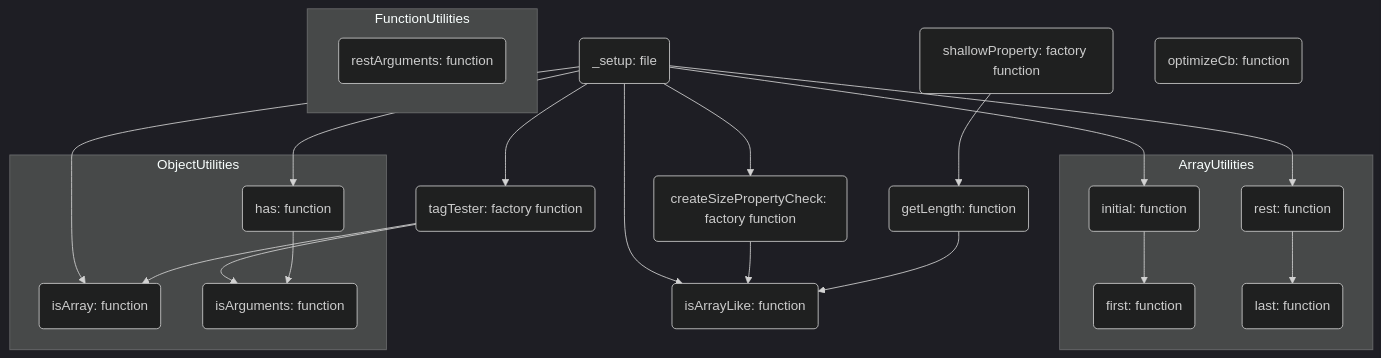
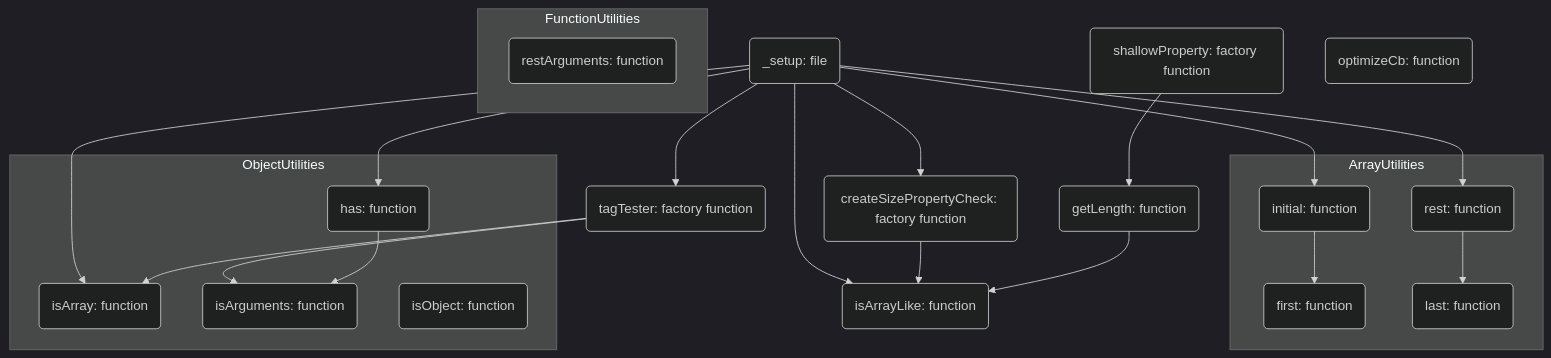
Before and after one commit to AshGreyG/To-Realize-Underscore: the diagram in doc/dependencies.mmd, drawn with Mermaid (dark theme). The commit also changed 3 other files, not shown here.

Commit message:
:sparkles: add `isObject.js`, which has a `isObject` function that checks if a value is an object

```diff
--- a/doc/dependencies.mmd
+++ b/doc/dependencies.mmd
@@ -1,81 +1,83 @@
 flowchart TD
   %% Define nodes and their names
 
   %%% `_xxx` files
 
   _setup(_setup: file)
   _shallowProperty(shallowProperty: factory function)
   _getLength(getLength: function)
   _createSizePropertyCheck(createSizePropertyCheck: factory function)
   _isArrayLike(isArrayLike: function)
   _tagTester(tagTester: factory function)
   _optimizeCb(optimizeCb: function)
 
   %%% Array functions
 
   subgraph ArrayUtilities
     initial(initial: function)
     first(first: function)
     rest(rest: function)
     last(last: function)
   end
 
   %%% Object functions
 
   subgraph ObjectUtilities
     isArray(isArray: function)
     isArguments(isArguments: function)
+    isObject(isObject: function)
     has(has: function)
   end
 
   subgraph FunctionUtilities
     restArguments(restArguments: function)
   end
 
   %% Edge settings
 
   _setup --> initial
   _setup --> rest
   _setup --> _isArrayLike
   _setup --> _tagTester
   _setup --> isArray
   _setup --> has
   _setup --> _createSizePropertyCheck
 
   _tagTester --> isArray
   _tagTester --> isArguments
   _shallowProperty --> _getLength
   _createSizePropertyCheck --> _isArrayLike
   _getLength --> _isArrayLike
   initial --> first
   rest --> last 
   has --> isArguments
 
   %% Hyperlink settings
 
   %%% `_xxx` files
  
   click _setup "https://github.com/AshGreyG/To-Realize-Underscore/blob/main/modules/_setup.js"
   click _shallowProperty "https://github.com/AshGreyG/To-Realize-Underscore/blob/main/modules/_shallowProperty.js"
   click _getLength "https://github.com/AshGreyG/To-Realize-Underscore/blob/main/modules/_getLength.js"
   click _createSizePropertyCheck "https://github.com/AshGreyG/To-Realize-Underscore/blob/main/modules/_createSizePropertyCheck.js"
   click _isArrayLike "https://github.com/AshGreyG/To-Realize-Underscore/blob/main/modules/_isArrayLike.js"
   click _tagTester "https://github.com/AshGreyG/To-Realize-Underscore/blob/main/modules/_tagTester.js"
   click _optimizeCb "https://github.com/AshGreyG/To-Realize-Underscore/blob/main/modules/_optimizeCb.js"
 
   %%% Array functions
 
   click initial "https://github.com/AshGreyG/To-Realize-Underscore/blob/main/modules/initial.js"
   click first "https://github.com/AshGreyG/To-Realize-Underscore/blob/main/modules/first.js"
   click rest "https://github.com/AshGreyG/To-Realize-Underscore/blob/main/modules/rest.js"
   click last "https://github.com/AshGreyG/To-Realize-Underscore/blob/main/modules/last.js"
 
   %%% Object functions
 
   click isArray "https://github.com/AshGreyG/To-Realize-Underscore/blob/main/modules/isArray.js"
   click isArguments "https://github.com/AshGreyG/To-Realize-Underscore/blob/main/modules/isArguments.js"
+  click isObject "https://github.com/AshGreyG/To-Realize-Underscore/blob/main/modules/isObject.js"
   click has "https://github.com/AshGreyG/To-Realize-Underscore/blob/main/modules/_has.js"
 
   %%% Function functions 😄
 
   click restArguments "https://github.com/AshGreyG/To-Realize-Underscore/blob/main/modules/restArguments.js"
```
